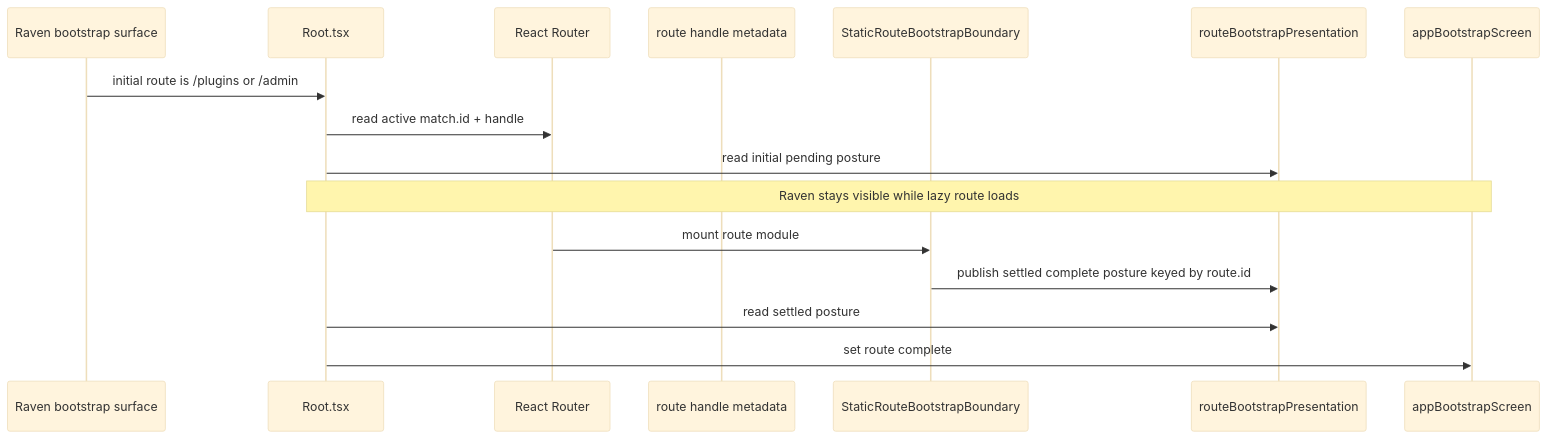
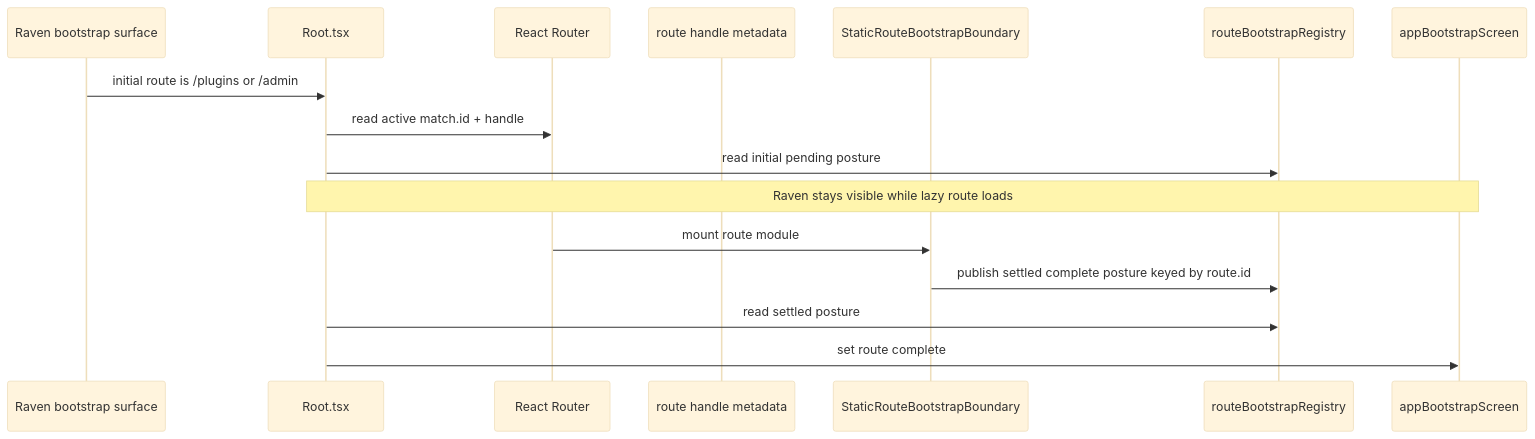
Before and after one commit to dunay2/dvt: the eighth of 8 diagrams in docs/architecture/components/web/graph/canvas-controller-current-to-target-architecture.md, drawn with Mermaid (base theme). The commit also changed other lines of this file and 34 other files, not shown here.

Commit message:
refactor(web): Split route bootstrap ownership and align graph docs

````diff
--- a/docs/architecture/components/web/graph/canvas-controller-current-to-target-architecture.md
+++ b/docs/architecture/components/web/graph/canvas-controller-current-to-target-architecture.md
@@ -447,19 +473,19 @@
 ```mermaid
 sequenceDiagram
   participant Raven as Raven bootstrap surface
   participant Root as Root.tsx
   participant Router as React Router
   participant Handle as route handle metadata
   participant Boundary as StaticRouteBootstrapBoundary
-  participant Registry as routeBootstrapPresentation
+  participant Registry as routeBootstrapRegistry
   participant Bootstrap as appBootstrapScreen
 
   Raven->>Root: initial route is /plugins or /admin
   Root->>Router: read active match.id + handle
   Root->>Registry: read initial pending posture
   Note over Root,Bootstrap: Raven stays visible while lazy route loads
   Router->>Boundary: mount route module
   Boundary->>Registry: publish settled complete posture keyed by route.id
   Root->>Registry: read settled posture
   Root->>Bootstrap: set route complete
 ```
````
